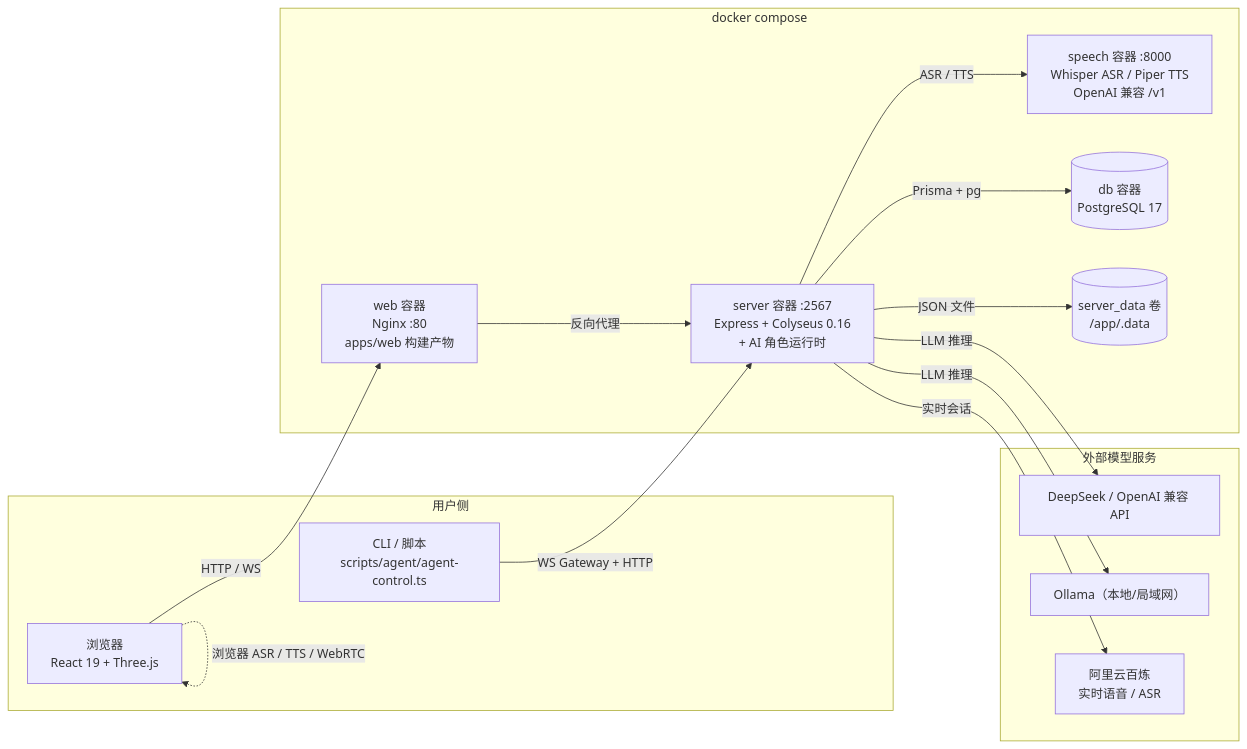
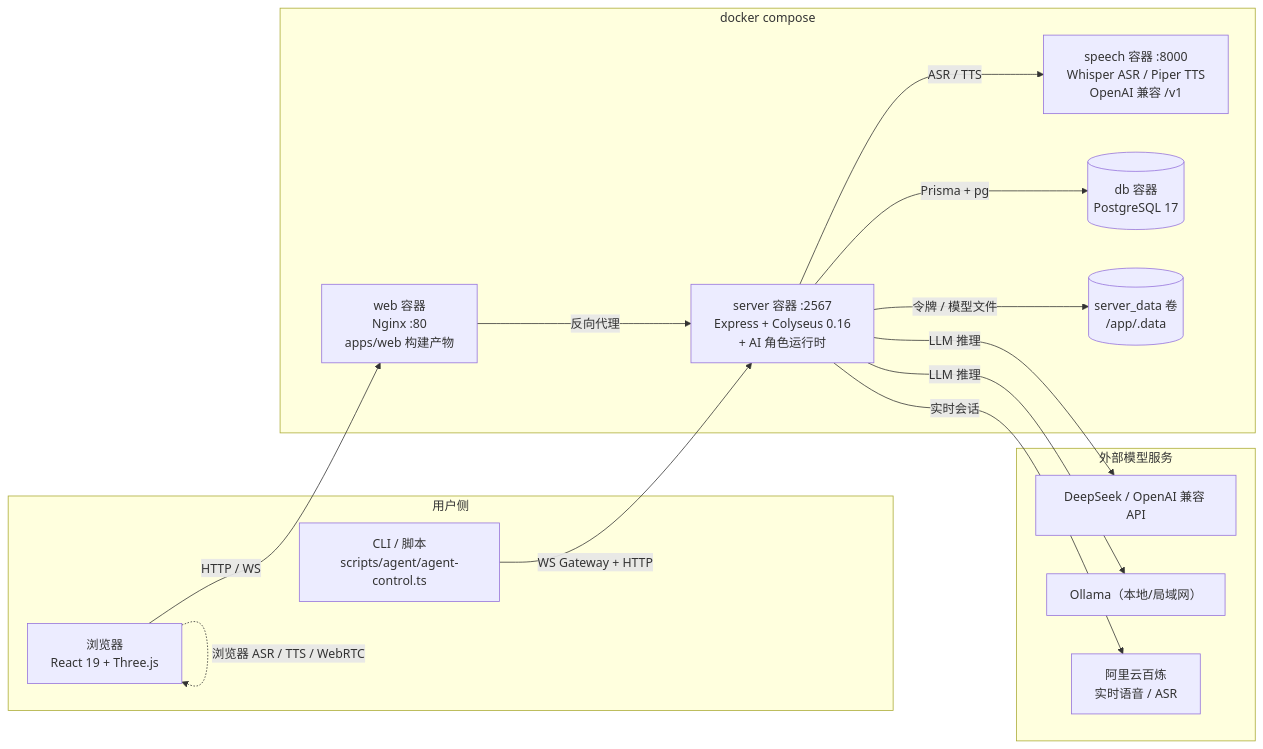
Before and after one commit to lulabs-org/embocraft: the first of 14 diagrams in docs/guide/architecture-diagrams.md, drawn with Mermaid. The commit also changed other lines of this file and 4 other files, not shown here.

````diff
--- a/docs/guide/architecture-diagrams.md
+++ b/docs/guide/architecture-diagrams.md
@@ -11,32 +11,32 @@
 ```mermaid
 graph LR
     subgraph Users["用户侧"]
         Browser["浏览器<br/>React 19 + Three.js"]
         CLI["CLI / 脚本<br/>scripts/agent/agent-control.ts"]
     end
 
     subgraph Docker["docker compose"]
         Web["web 容器<br/>Nginx :80<br/>apps/web 构建产物"]
         Server["server 容器 :2567<br/>Express + Colyseus 0.16<br/>+ AI 角色运行时"]
         Speech["speech 容器 :8000<br/>Whisper ASR / Piper TTS<br/>OpenAI 兼容 /v1"]
         DB[("db 容器<br/>PostgreSQL 17")]
         Vol[("server_data 卷<br/>/app/.data")]
     end
 
     subgraph External["外部模型服务"]
         DeepSeek["DeepSeek / OpenAI 兼容 API"]
         Ollama["Ollama（本地/局域网）"]
         Bailian["阿里云百炼<br/>实时语音 / ASR"]
     end
 
     Browser -->|HTTP / WS| Web
     Web -->|反向代理| Server
     CLI -->|WS Gateway + HTTP| Server
     Server -->|Prisma + pg| DB
-    Server -->|JSON 文件| Vol
+    Server -->|令牌 / 模型文件| Vol
     Server -->|ASR / TTS| Speech
     Server -->|LLM 推理| DeepSeek
     Server -->|LLM 推理| Ollama
     Server -->|实时会话| Bailian
     Browser -.->|浏览器 ASR / TTS / WebRTC| Browser
 ```
````
